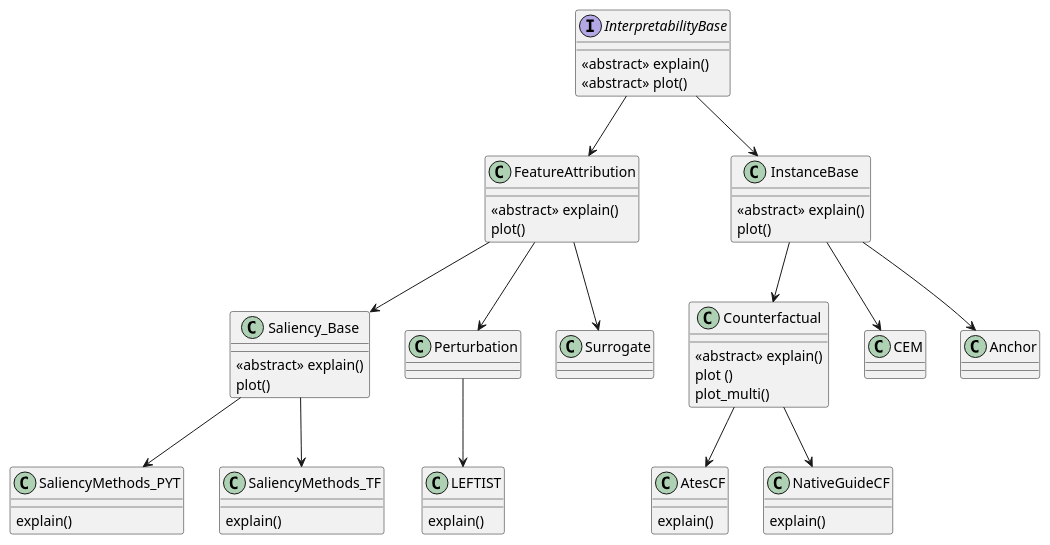
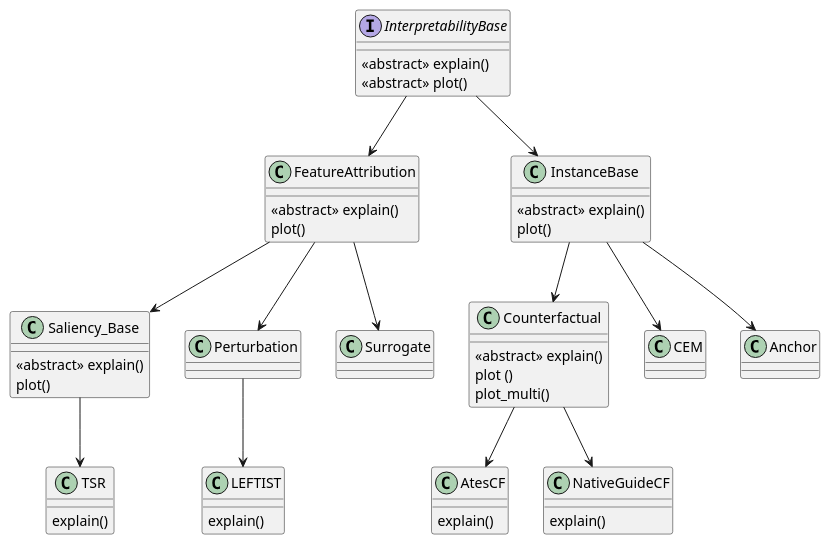
Before and after one commit to fzi-forschungszentrum-informatik/TSInterpret: the diagram in InterpretabilityMethods_withoutParams.puml, drawn with PlantUML. The commit also changed 27 other files, not shown here.

```diff
--- a/InterpretabilityMethods_withoutParams.puml
+++ b/InterpretabilityMethods_withoutParams.puml
@@ -1,72 +1,64 @@
 @startuml
-
 interface InterpretabilityBase {
     <<abstract>> explain()
     <<abstract>> plot()
 }
 class FeatureAttribution {
 <<abstract>> explain()
 plot()
 }
 class Saliency_Base {
 <<abstract>> explain()
 plot()
     
 }
-class SaliencyMethods_PYT {
-explain()
 
-    
-}
-class SaliencyMethods_TF {
-explain()
-    
-}
 class Perturbation {
 
 }
 class Surrogate {
 
 }
 class LEFTIST{
+explain()
+}
+class TSR{
 explain()
 }
 class InstanceBase {
 <<abstract>> explain()
 plot()
 }
 
 class Counterfactual {
 <<abstract>> explain()
 plot ()
 plot_multi()
 }
 class AtesCF{
 explain()
 }
 
 class NativeGuideCF{
 explain()
 }
 
 class CEM {
 
 }
 class Anchor {
 }
 
 InterpretabilityBase --> FeatureAttribution
 InterpretabilityBase --> InstanceBase
 FeatureAttribution --> Saliency_Base
-Saliency_Base --> SaliencyMethods_PYT
-Saliency_Base --> SaliencyMethods_TF
+Saliency_Base --> TSR
 FeatureAttribution --> Perturbation
 FeatureAttribution --> Surrogate
 InstanceBase --> Counterfactual 
 InstanceBase -->  CEM
 InstanceBase --> Anchor
 Perturbation --> LEFTIST
 Counterfactual --> AtesCF
 Counterfactual --> NativeGuideCF
-
 @enduml
```
